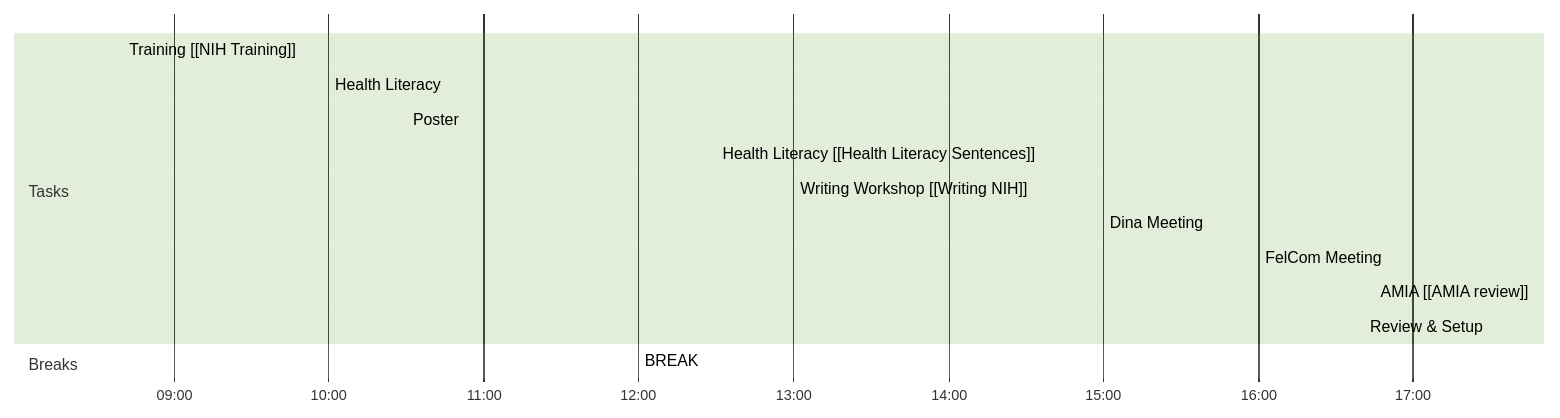
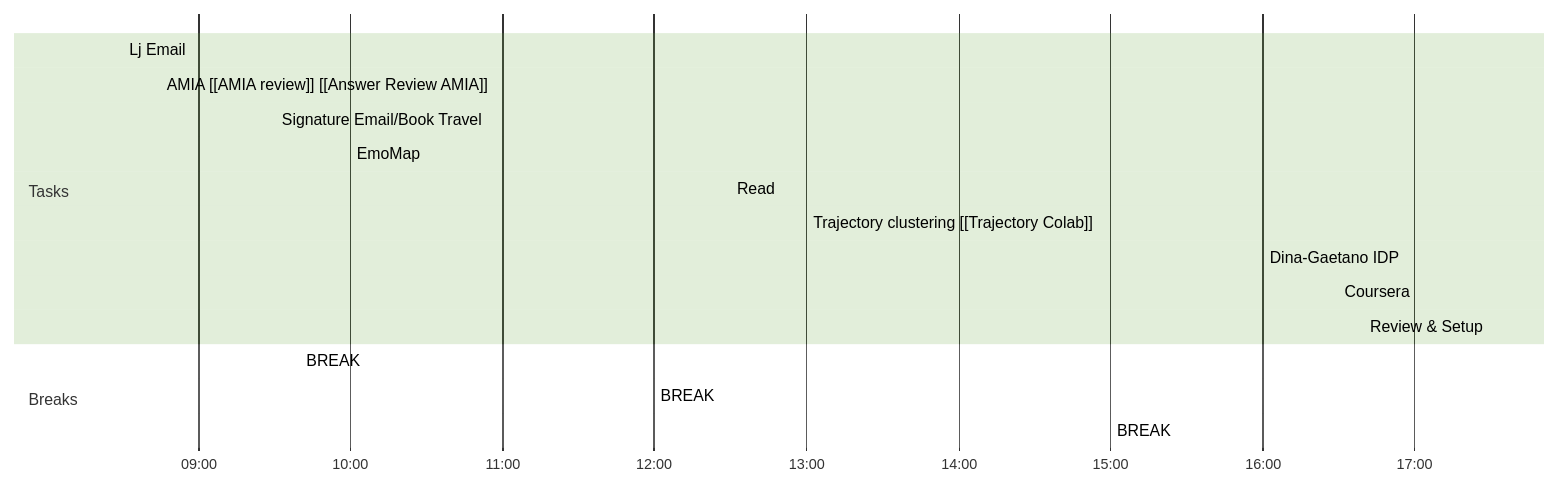
The diagram in Day Planners/2023/August w2/Day Planner-20230807.md (tanoManzo/notes), drawn with Mermaid (forest theme) before and after one commit. The commit also changed other lines of this file and 3 other files, not shown here.

````diff
--- a/Day Planners/2023/August w2/Day Planner-20230807.md
+++ b/Day Planners/2023/August w2/Day Planner-20230807.md
@@ -31,18 +2,20 @@
 ```mermaid
 gantt
     dateFormat  HH-mm
     axisFormat %H:%M
-    %% Current Time: 11:15:16 PM
+    %% Current Time: 11:50:00 PM
     section Tasks
-    Training [[NIH Training]]     :08-40, 80mm
-    Health Literacy     :10-00, 30mm
-    Poster     :10-30, 90mm
-    Health Literacy [[Health Literacy Sentences]]     :12-30, 30mm
-    Writing Workshop [[Writing NIH]]     :13-00, 120mm
-    Dina Meeting     :15-00, 60mm
-    FelCom Meeting     :16-00, 45mm
-    AMIA [[AMIA review]]     :16-45, 45mm
+    Lj Email     :08-30, 15mm
+    AMIA [[AMIA review]] [[Answer Review AMIA]]     :08-45, 45mm
+    Signature Email/Book Travel     :09-30, 10mm
+    EmoMap     :10-00, 120mm
+    Read     :12-30, 30mm
+    Trajectory clustering [[Trajectory Colab]]     :13-00, 120mm
+    Dina-Gaetano IDP     :16-00, 30mm
+    Coursera     :16-30, 60mm
     Review & Setup     :17-30, 0mm
     section Breaks
+    BREAK     :09-40, 20mm
     BREAK     :12-00, 30mm
+    BREAK     :15-00, 60mm
 ```
````
